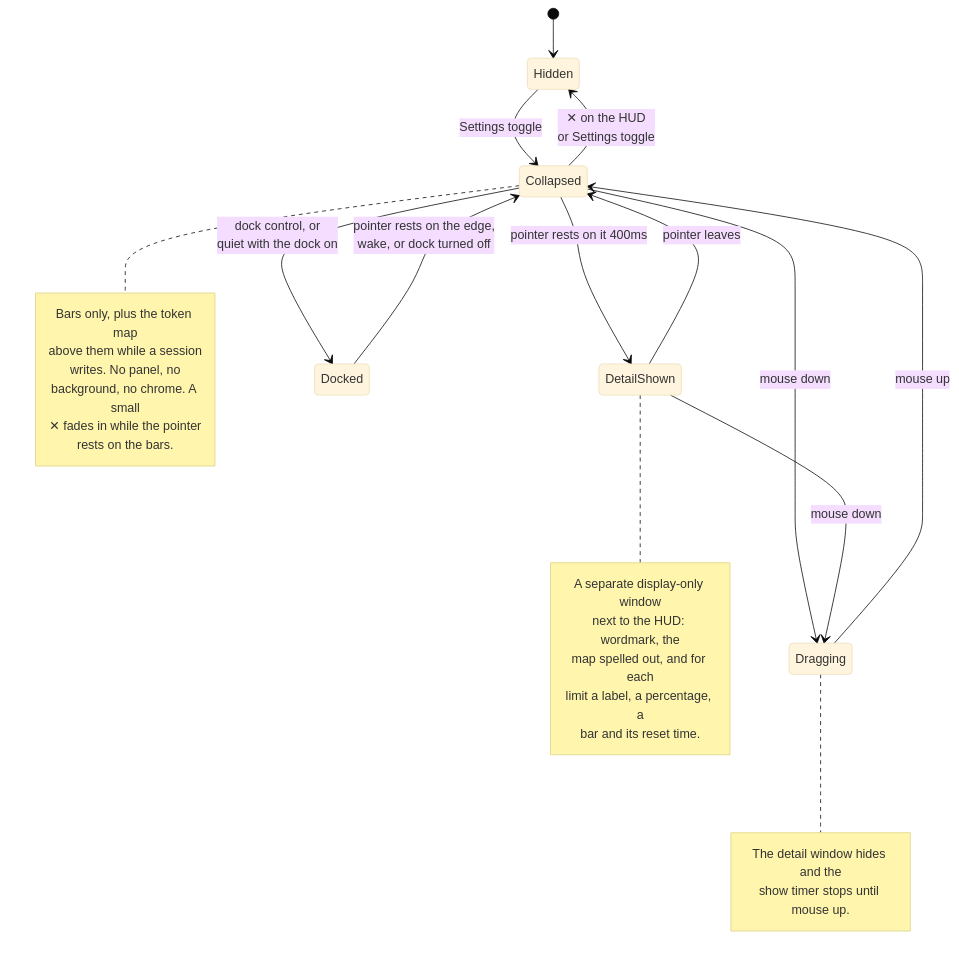
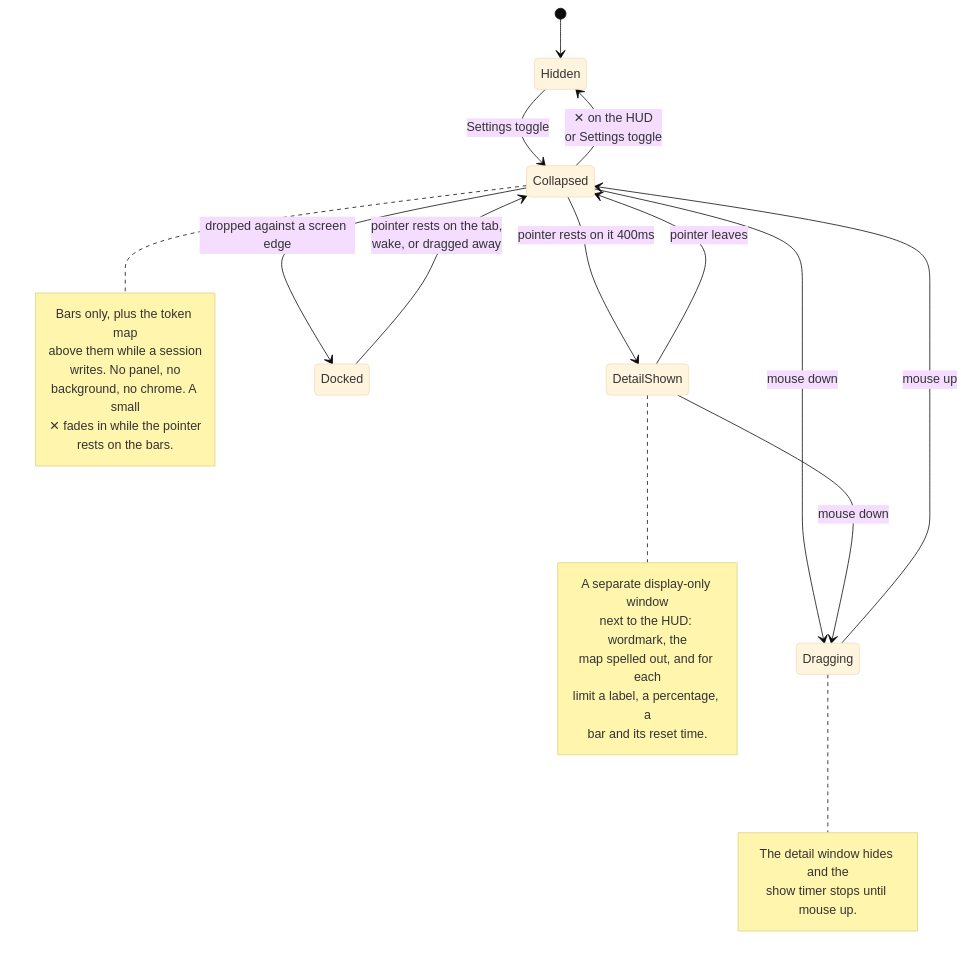
One commit to antiburn/antiburn changed the diagram in docs/hud-states.md. Above: the diagram before and after it, drawn with Mermaid (base theme). The commit also changed other lines of this file and 18 other files, not shown here.

First line of the commit message:
feat(hud): dock by dragging to an edge, with a tab showing

````diff
--- a/docs/hud-states.md
+++ b/docs/hud-states.md
@@ -14,36 +14,36 @@
 ```mermaid
 stateDiagram-v2
     [*] --> Hidden
     Hidden --> Collapsed: Settings toggle
     Collapsed --> Hidden: ✕ on the HUD<br/>or Settings toggle
 
     Collapsed --> DetailShown: pointer rests on it 400ms
     DetailShown --> Collapsed: pointer leaves
 
     Collapsed --> Dragging: mouse down
     DetailShown --> Dragging: mouse down
     Dragging --> Collapsed: mouse up
 
-    Collapsed --> Docked: dock control, or<br/>quiet with the dock on
-    Docked --> Collapsed: pointer rests on the edge,<br/>wake, or dock turned off
+    Collapsed --> Docked: dropped against a screen edge
+    Docked --> Collapsed: pointer rests on the tab,<br/>wake, or dragged away
 
     note right of Collapsed
         Bars only, plus the token map
         above them while a session
         writes. No panel, no
         background, no chrome. A small
         ✕ fades in while the pointer
         rests on the bars.
     end note
     note right of DetailShown
         A separate display-only window
         next to the HUD: wordmark, the
         map spelled out, and for each
         limit a label, a percentage, a
         bar and its reset time.
     end note
     note right of Dragging
         The detail window hides and the
         show timer stops until mouse up.
     end note
 ```
````
